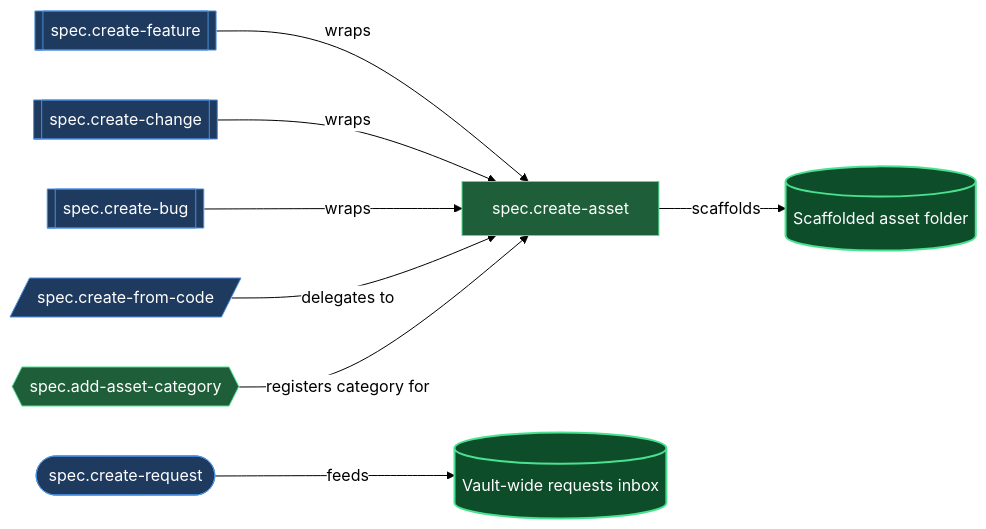
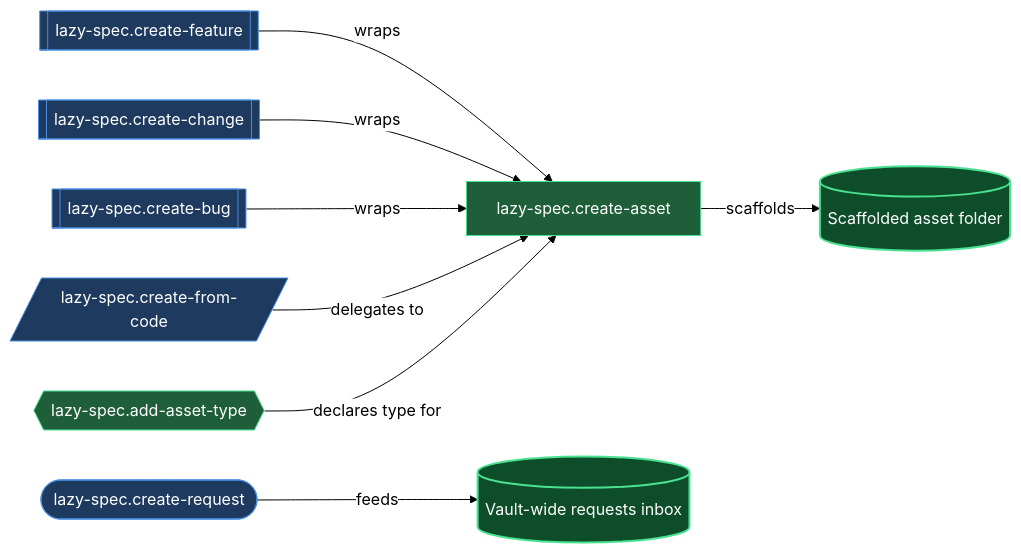
One commit to mebius-san/lazy-cortex changed the diagram in claude/lazycortex-specs/help/authoring.md. Above: the diagram before and after it, drawn with Mermaid. The commit also changed other lines of this file and 511 other files, not shown here.

First line of the commit message:
release: core 7.0.0, specs 6.0.0, review 6.1.0, obsidian 3.0.0, wiki 2.0.0, python 4.0.0, experts 1.0.0, diagram 1.1.7, observe 0.8.3

````diff
--- a/claude/lazycortex-specs/help/authoring.md
+++ b/claude/lazycortex-specs/help/authoring.md
@@ -60,29 +68,29 @@
 ```mermaid
 %%{init: {'themeVariables':{'background':'transparent','lineColor':'#000','textColor':'#000','edgeLabelBackground':'#fff'},'themeCSS':'.edgeLabel{background-color:transparent!important}.edgeLabel p{background-color:transparent!important}','flowchart':{'diagramPadding':5,'useMaxWidth':true}}}%%
 flowchart LR
-  createFeature[[spec.create-feature]]
-  createChange[[spec.create-change]]
-  createBug[[spec.create-bug]]
-  createFromCode[/spec.create-from-code/]
-  createRequest([spec.create-request])
-  addAssetCategory{{spec.add-asset-category}}
-  createAsset[spec.create-asset]
+  createFeature[[lazy-spec.create-feature]]
+  createChange[[lazy-spec.create-change]]
+  createBug[[lazy-spec.create-bug]]
+  createFromCode[/lazy-spec.create-from-code/]
+  createRequest([lazy-spec.create-request])
+  addAssetType{{lazy-spec.add-asset-type}}
+  createAsset[lazy-spec.create-asset]
   assetFolderStore[(Scaffolded asset folder)]
   requestsInboxStore[(Vault-wide requests inbox)]
 
   createFeature -->|wraps| createAsset
   createChange -->|wraps| createAsset
   createBug -->|wraps| createAsset
   createFromCode -->|delegates to| createAsset
-  addAssetCategory -->|registers category for| createAsset
+  addAssetType -->|declares type for| createAsset
   createAsset -->|scaffolds| assetFolderStore
   createRequest -->|feeds| requestsInboxStore
 
   classDef entry fill:#1e3a5f,stroke:#4a90e2,color:#fff
   classDef action fill:#1e5f3a,stroke:#4ae290,color:#fff
   classDef success fill:#0d4d2a,stroke:#4ae290,color:#fff,stroke-width:2px
 
   class createFeature,createChange,createBug,createFromCode,createRequest entry
-  class addAssetCategory,createAsset action
+  class addAssetType,createAsset action
   class assetFolderStore,requestsInboxStore success
 ```
````
